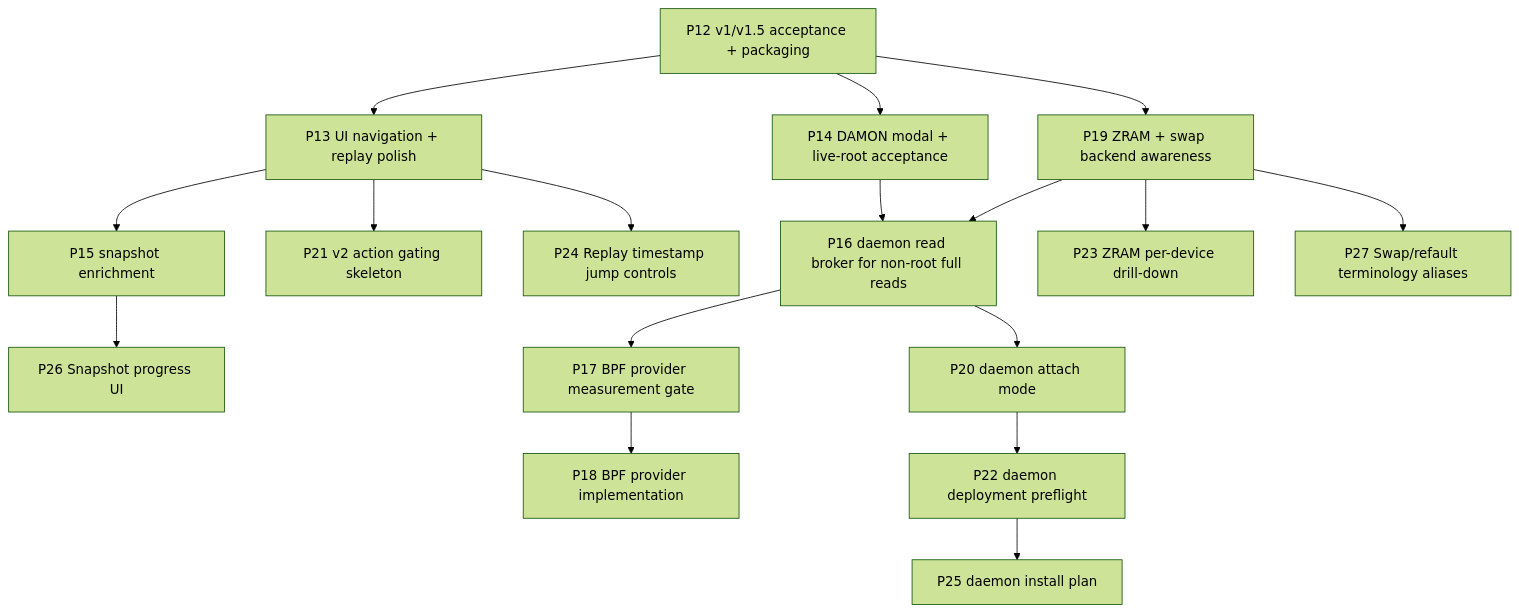
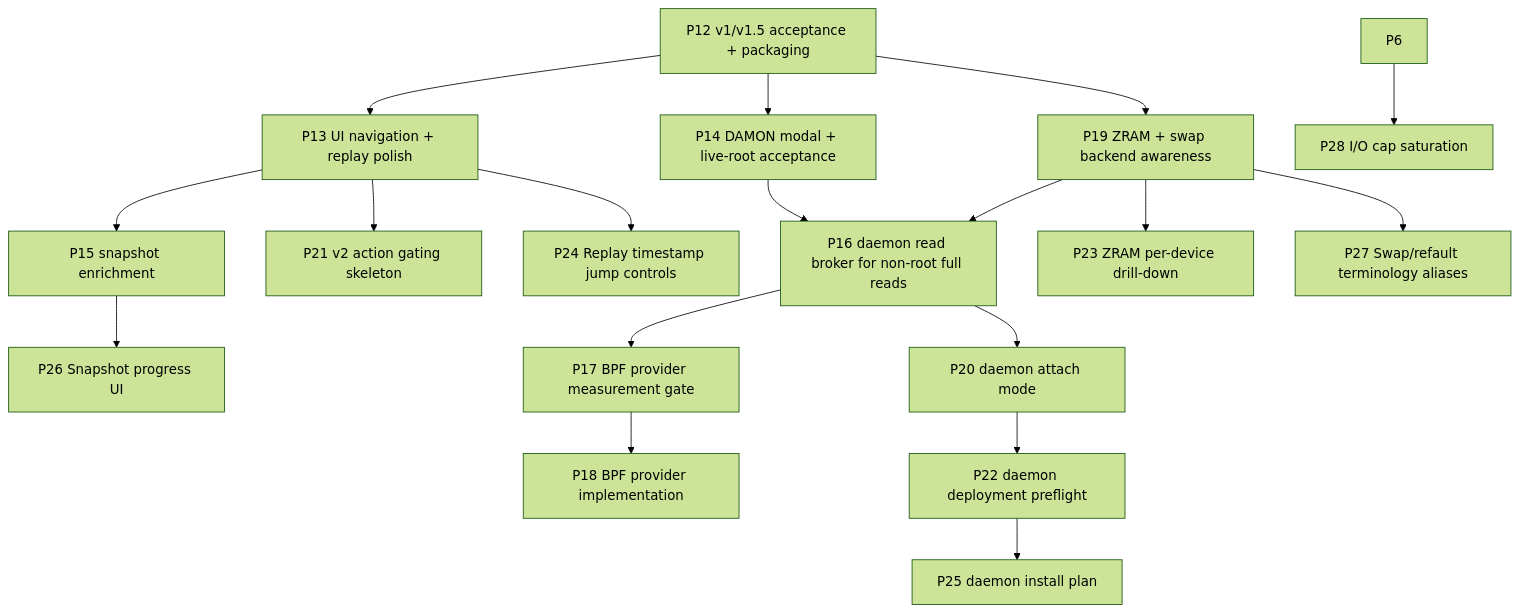
Before and after one commit to volkb79-2/vbpub: the diagram in groop/docs/ROADMAP.md, drawn with Mermaid (forest theme). The commit also changed other lines of this file and 2 other files, not shown here.

Commit message:
docs(groop): carve P28 io cap saturation

````diff
--- a/groop/docs/ROADMAP.md
+++ b/groop/docs/ROADMAP.md
@@ -27,19 +27,20 @@
 ```mermaid
 flowchart TD
     P12[P12 v1/v1.5 acceptance + packaging] --> P13[P13 UI navigation + replay polish]
     P12 --> P14[P14 DAMON modal + live-root acceptance]
     P13 --> P15[P15 snapshot enrichment]
     P12 --> P19[P19 ZRAM + swap backend awareness]
     P19 --> P16[P16 daemon read broker for non-root full reads]
     P14 --> P16
     P16 --> P17[P17 BPF provider measurement gate]
     P17 --> P18[P18 BPF provider implementation]
     P16 --> P20[P20 daemon attach mode]
     P20 --> P22[P22 daemon deployment preflight]
     P22 --> P25[P25 daemon install plan]
     P13 --> P21[P21 v2 action gating skeleton]
     P19 --> P23[P23 ZRAM per-device drill-down]
     P13 --> P24[P24 Replay timestamp jump controls]
     P15 --> P26[P26 Snapshot progress UI]
     P19 --> P27[P27 Swap/refault terminology aliases]
+    P6 --> P28[P28 I/O cap saturation]
 ```
````
